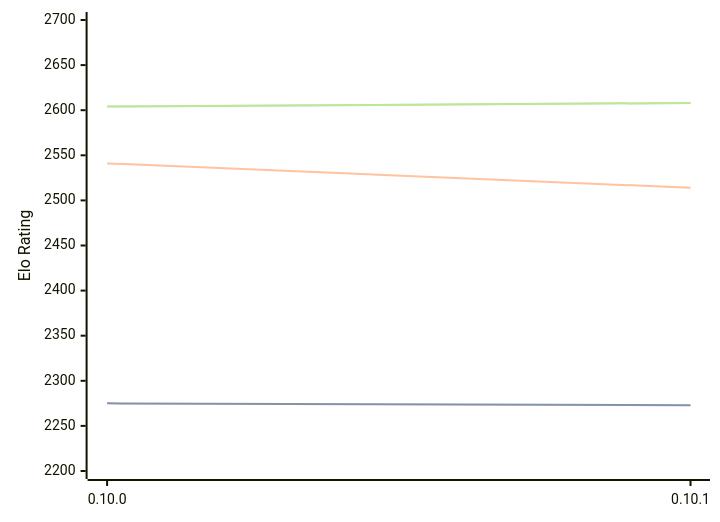
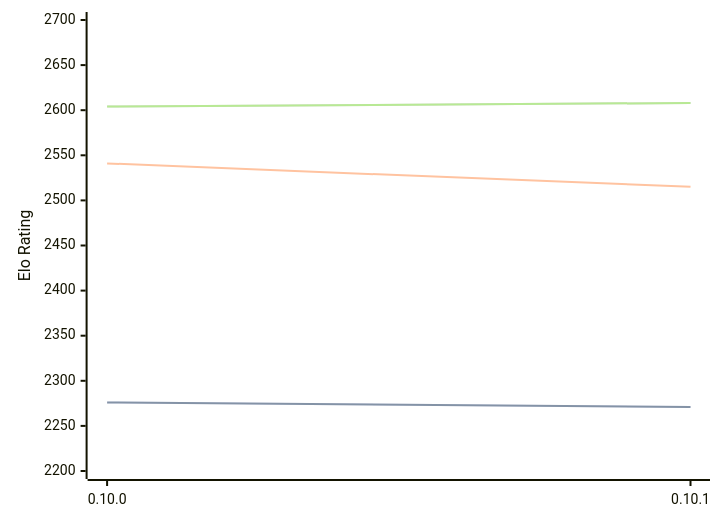
The diagram in engines/Fatalii.md (computer-chess-index/cci), drawn with Mermaid before and after one commit. The commit also changed other lines of this file, not shown here.

````diff
--- a/engines/Fatalii.md
+++ b/engines/Fatalii.md
@@ -32,11 +32,11 @@
 ```mermaid
 %%{init: {"theme":"base","themeVariables":{"seriesColors:['#a3a3a3','#222221','#faa371']}}}%%
 xychart-beta
   x-axis ["0.10.0", "0.10.1"]
   y-axis "Elo Rating" 2200 --> 2700
-  line "" [2275, 2273]
-  line "STC (8.0+0.08s)" [2275, 2273]
-  line "LTC (60.0+0.60s)" [2541, 2514]
+  line "" [2276, 2271]
+  line "STC (8.0+0.08s)" [2276, 2271]
+  line "LTC (60.0+0.60s)" [2541, 2515]
   line "" [2604, 2608]
   line "VLTC (2m24s+1.12s)" [2604, 2608]
 ```
````
